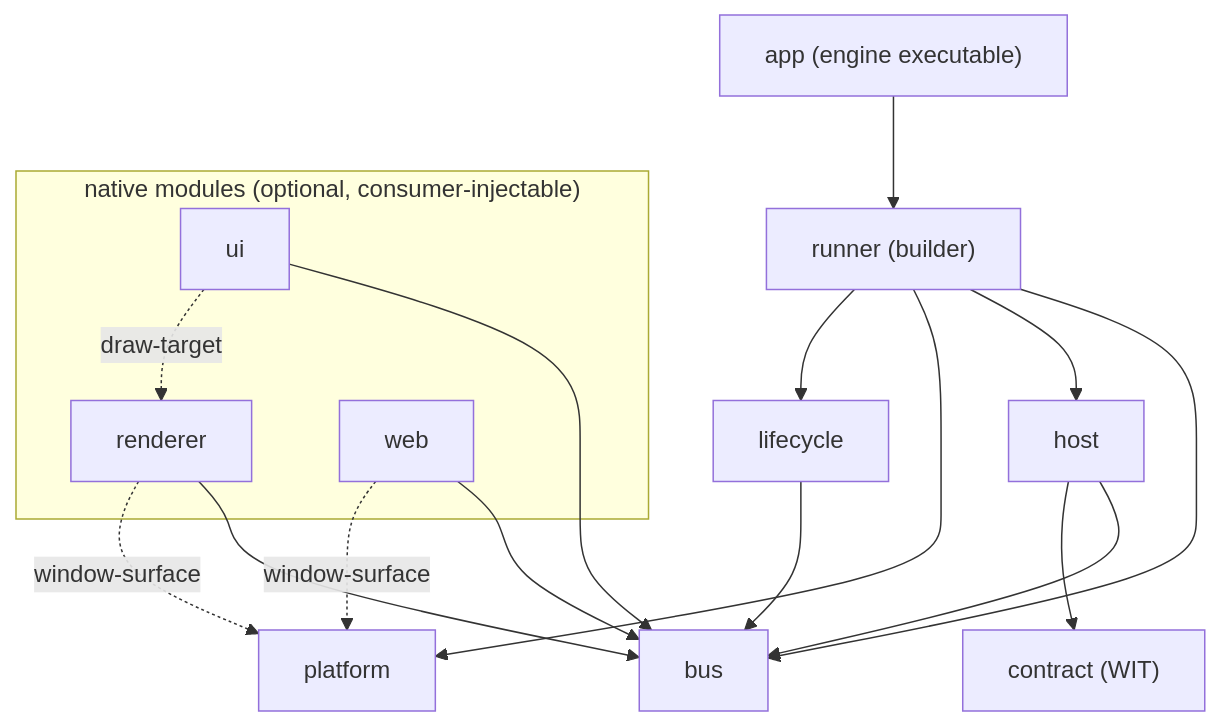
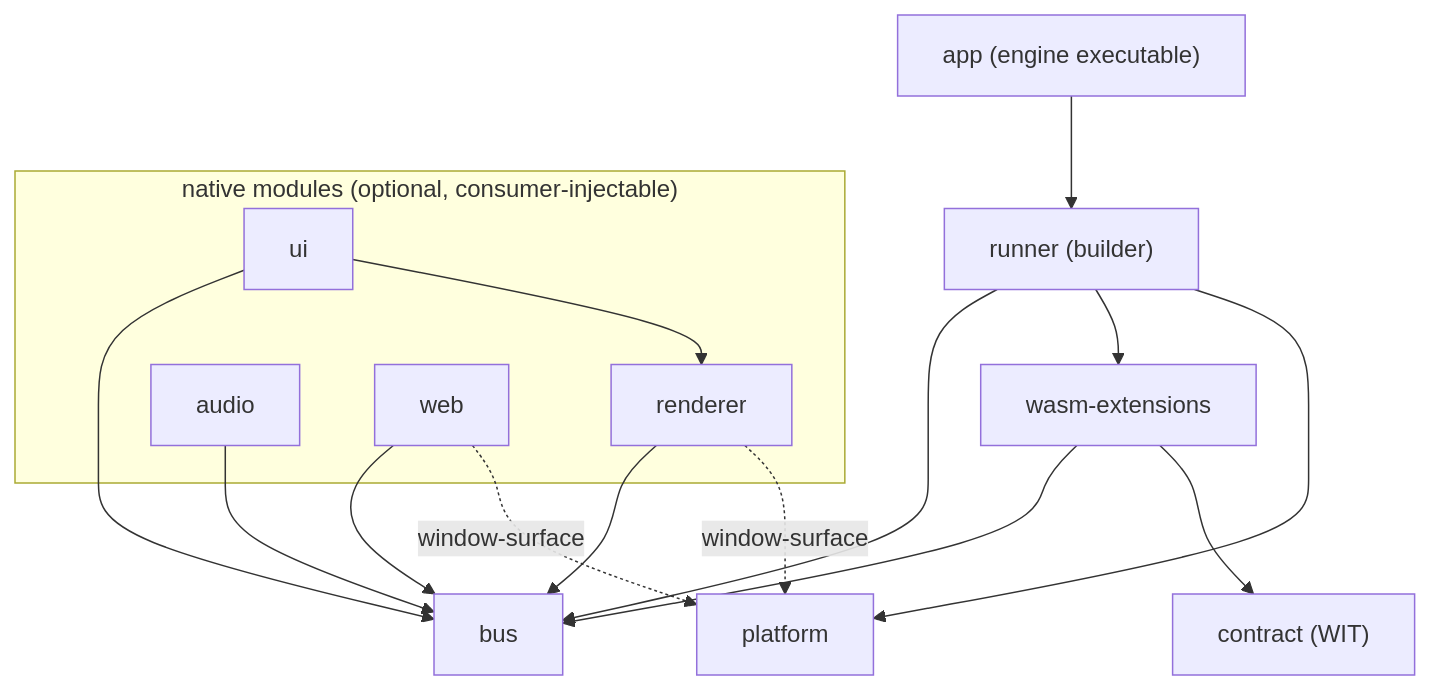
Before and after one commit to an-dr/bones: the diagram in docs/structure.md, drawn with Mermaid. The commit also changed other lines of this file and 203 other files, not shown here.

````diff
--- a/docs/structure.md
+++ b/docs/structure.md
@@ -44,22 +47,22 @@
 ```mermaid
 graph TD
     App["app (engine executable)"] --> Runner["runner (builder)"]
     Runner --> Bus["bus"]
-    Runner --> Host["host"]
+    Runner --> WasmExtensions["wasm-extensions"]
     Runner --> Platform["platform"]
-    Runner --> Lifecycle["lifecycle"]
-    Host --> Bus
-    Host --> Contract["contract (WIT)"]
-    Lifecycle --> Bus
+    WasmExtensions --> Bus
+    WasmExtensions --> Contract["contract (WIT)"]
     subgraph Modules["native modules (optional, consumer-injectable)"]
         Renderer["renderer"]
         UI["ui"]
+        Audio["audio"]
         Web["web"]
     end
     Renderer --> Bus
     UI --> Bus
+    UI --> Renderer
+    Audio --> Bus
     Web --> Bus
     Renderer -. "window-surface" .-> Platform
     Web -. "window-surface" .-> Platform
-    UI -. "draw-target" .-> Renderer
 ```
````
